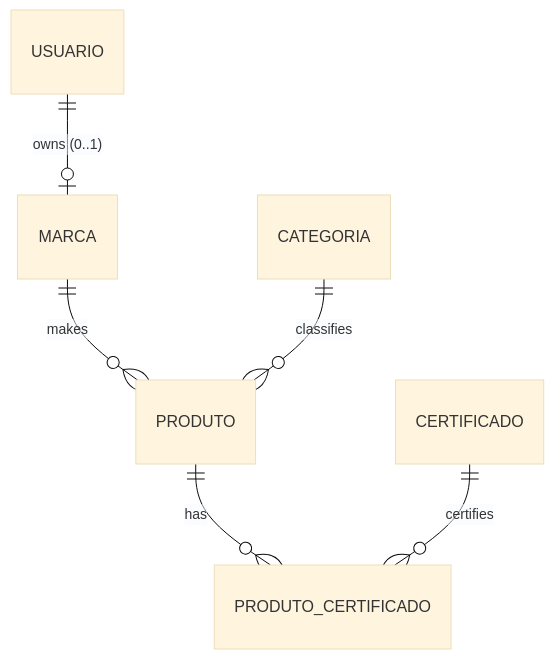
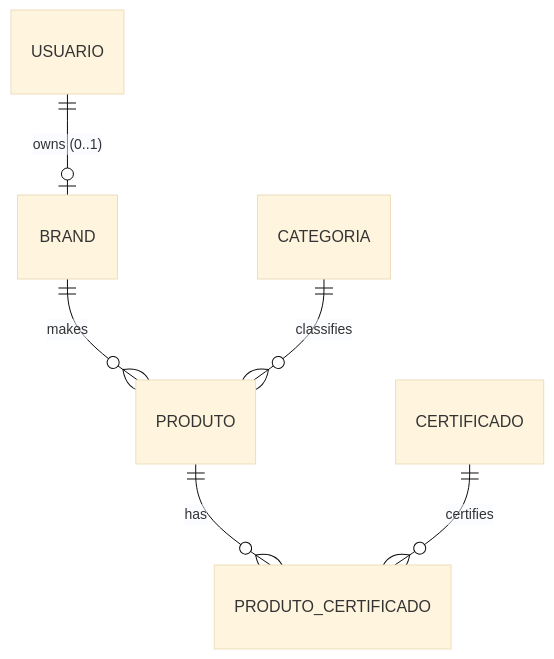
One commit to maria-brito15/ecoshop-nextjs changed the diagram in docs/product/domain-model.md. Above: the diagram before and after it, drawn with Mermaid (base theme). The commit also changed other lines of this file and 38 other files, not shown here.

````diff
--- a/docs/product/domain-model.md
+++ b/docs/product/domain-model.md
@@ -4,8 +4,8 @@
 ```mermaid
 erDiagram
-  USUARIO ||--o| MARCA : "owns (0..1)"
-  MARCA ||--o{ PRODUTO : makes
+  USUARIO ||--o| BRAND : "owns (0..1)"
+  BRAND ||--o{ PRODUTO : makes
   CATEGORIA ||--o{ PRODUTO : classifies
   PRODUTO ||--o{ PRODUTO_CERTIFICADO : has
   CERTIFICADO ||--o{ PRODUTO_CERTIFICADO : certifies
 ```
````
